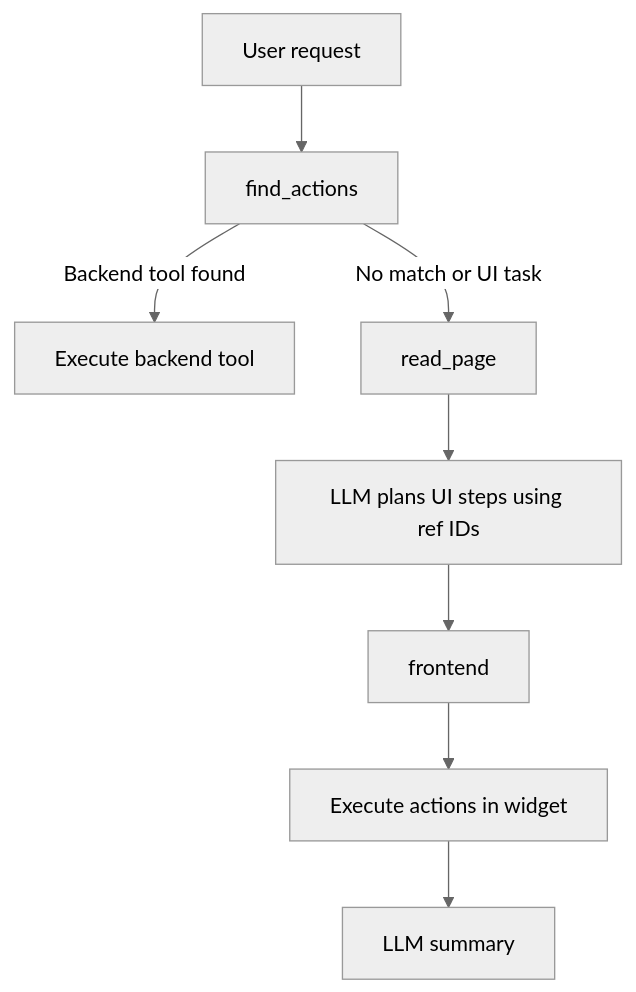
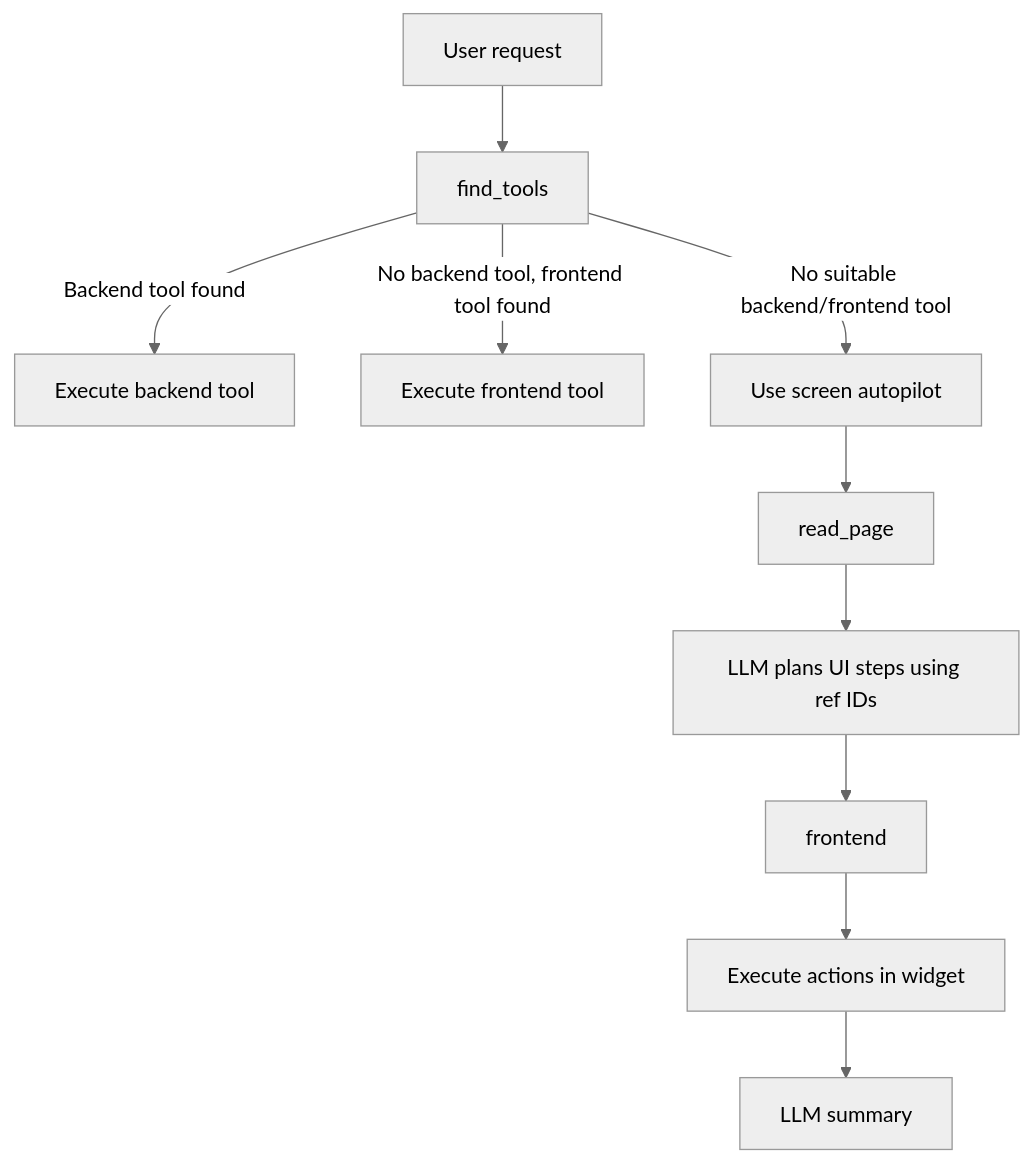
The second of 2 diagrams in docs/frontend-agent.md (mostafasudo/warpy), drawn with Mermaid (neutral theme) before and after one commit. The commit also changed other lines of this file and 103 other files, not shown here.

Commit message:
feat: Refactor endpoints to tools, adding tool_type to models and updating related controllers and migrations for improved clarity and functionality

````diff
--- a/docs/frontend-agent.md
+++ b/docs/frontend-agent.md
@@ -54,10 +87,12 @@
 ```mermaid
 flowchart TD
-  A[User request] --> B[find_actions]
+  A[User request] --> B[find_tools]
   B -->|Backend tool found| C[Execute backend tool]
-  B -->|No match or UI task| D[read_page]
-  D --> E[LLM plans UI steps using ref IDs]
-  E --> F[frontend]
-  F --> G[Execute actions in widget]
-  G --> H[LLM summary]
+  B -->|No backend tool, frontend tool found| D[Execute frontend tool]
+  B -->|No suitable backend/frontend tool| E[Use screen autopilot]
+  E --> F[read_page]
+  F --> G[LLM plans UI steps using ref IDs]
+  G --> H[frontend]
+  H --> I[Execute actions in widget]
+  I --> J[LLM summary]
 ```
````
